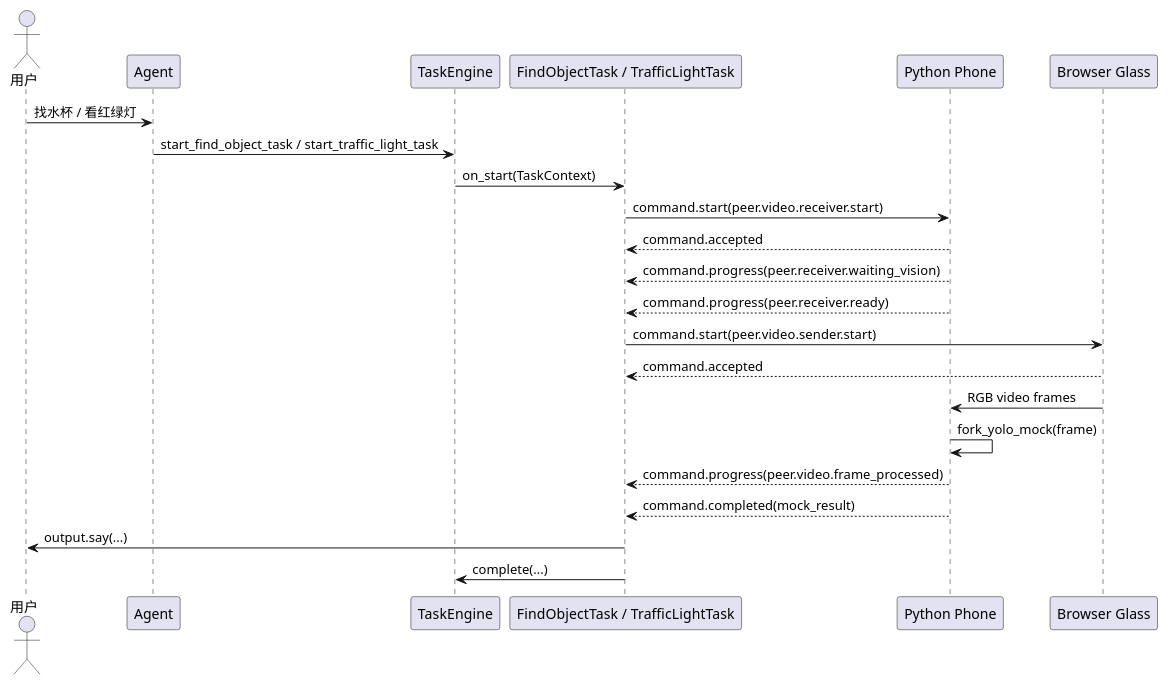
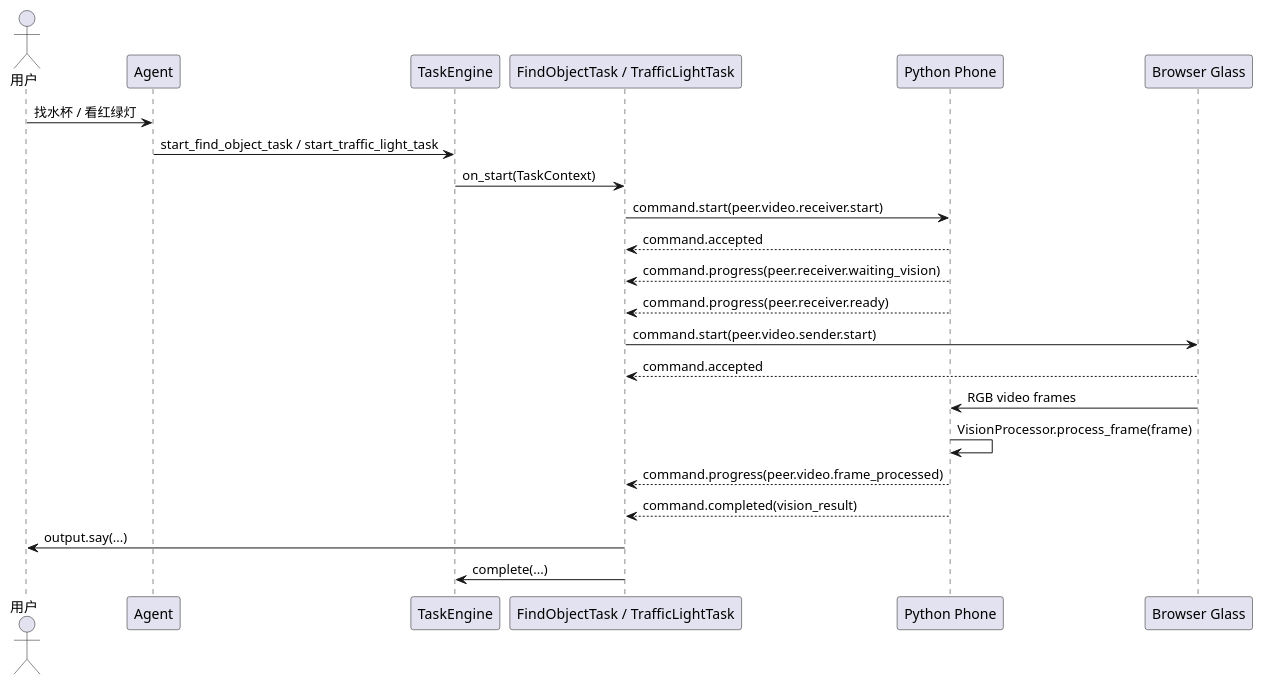
One commit to HengeLiu/RealtimeAgent changed the first of 3 diagrams in examples/for-blind-app/docs/devices/peer-video-link-task-design.md. Above: the diagram before and after it, drawn with PlantUML. The commit also changed other lines of this file and 25 other files, not shown here.

````diff
--- a/examples/for-blind-app/docs/devices/peer-video-link-task-design.md
+++ b/examples/for-blind-app/docs/devices/peer-video-link-task-design.md
@@ -45,28 +54,28 @@
 ```plantuml
 @startuml
 skinparam componentStyle rectangle
 
 actor "用户" as User
 participant "Agent" as Agent
 participant "TaskEngine" as TaskEngine
 participant "FindObjectTask / TrafficLightTask" as Task
 participant "Python Phone" as Phone
 participant "Browser Glass" as Glass
 
 User -> Agent : 找水杯 / 看红绿灯
 Agent -> TaskEngine : start_find_object_task / start_traffic_light_task
 TaskEngine -> Task : on_start(TaskContext)
 Task -> Phone : command.start(peer.video.receiver.start)
 Phone --> Task : command.accepted
 Phone --> Task : command.progress(peer.receiver.waiting_vision)
 Phone --> Task : command.progress(peer.receiver.ready)
 Task -> Glass : command.start(peer.video.sender.start)
 Glass --> Task : command.accepted
 Glass -> Phone : RGB video frames
-Phone -> Phone : fork_yolo_mock(frame)
+Phone -> Phone : VisionProcessor.process_frame(frame)
 Phone --> Task : command.progress(peer.video.frame_processed)
-Phone --> Task : command.completed(mock_result)
+Phone --> Task : command.completed(vision_result)
 Task -> User : output.say(...)
 Task -> TaskEngine : complete(...)
 @enduml
 ```
````
